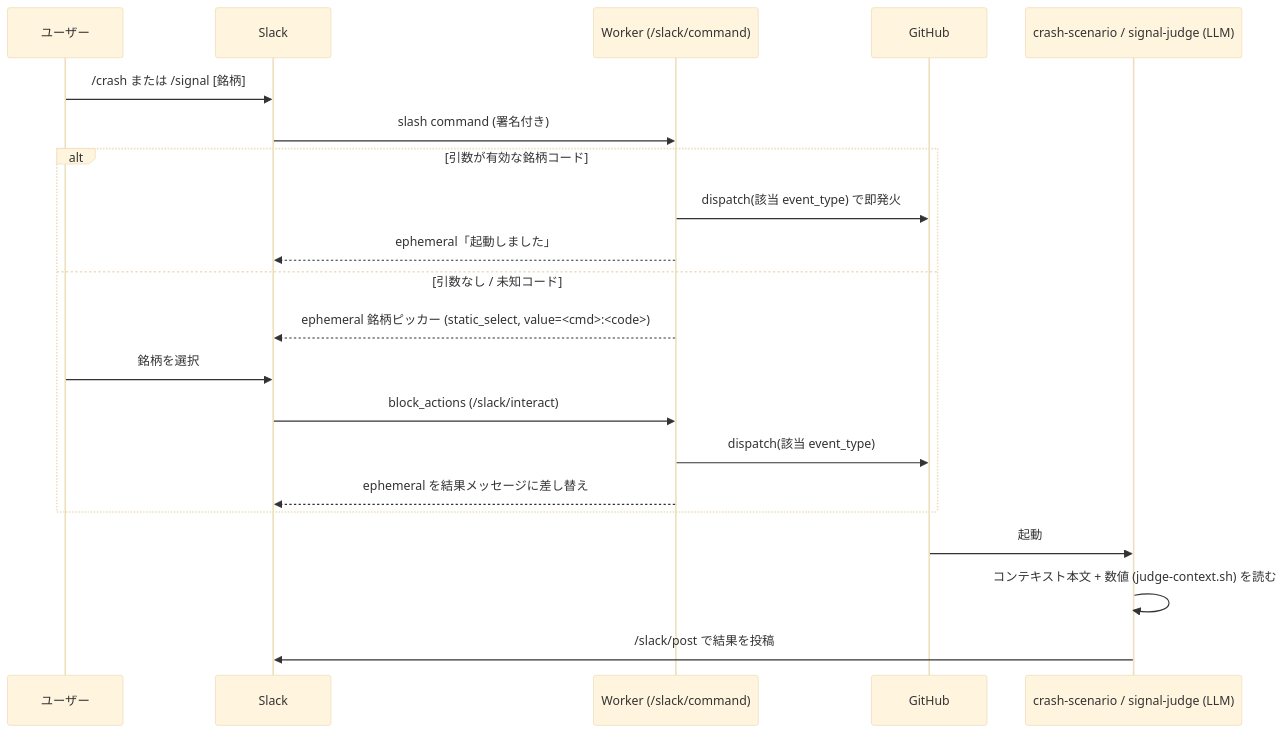
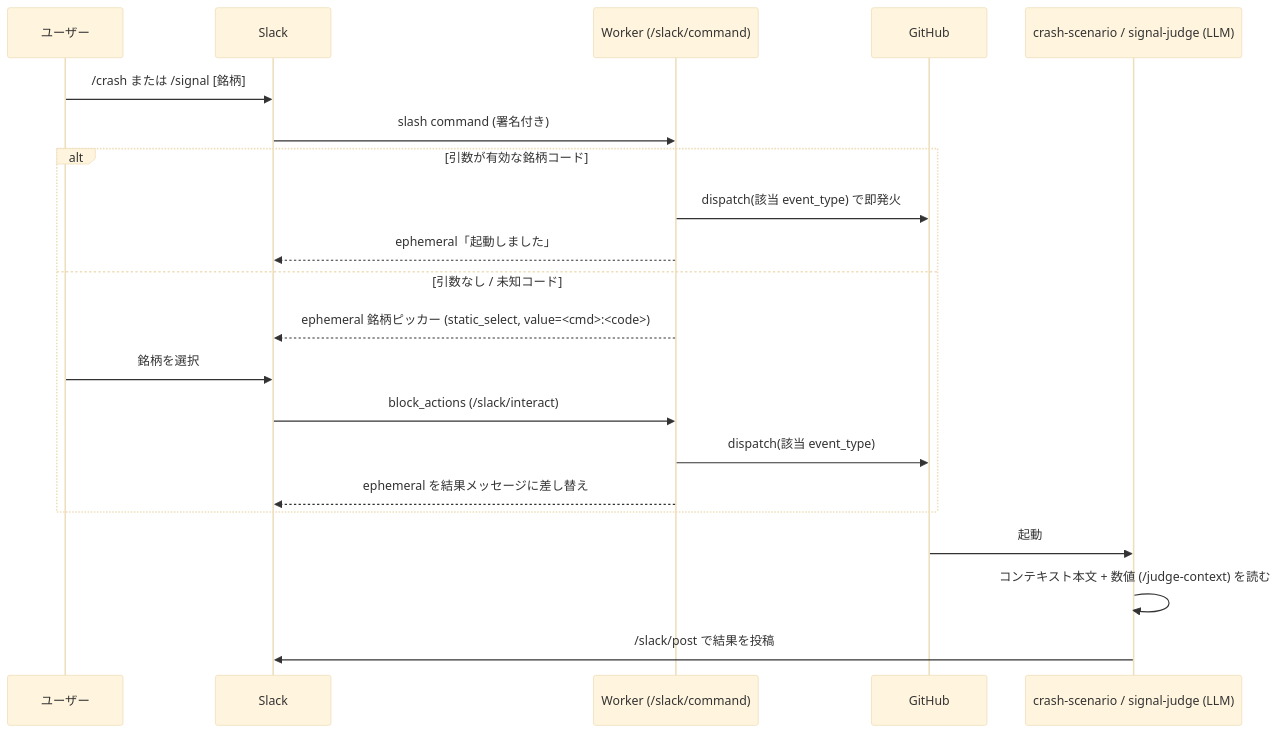
Before and after one commit to omni-stove/stock-signals: the fourth of 4 diagrams in README.md, drawn with Mermaid (base theme). The commit also changed other lines of this file and 53 other files, not shown here.

````diff
--- a/README.md
+++ b/README.md
@@ -209,24 +203,24 @@
 ```mermaid
 sequenceDiagram
     participant U as ユーザー
     participant SL as Slack
     participant W as Worker (/slack/command)
     participant GH as GitHub
     participant CS as crash-scenario / signal-judge (LLM)
 
     U->>SL: /crash または /signal [銘柄]
     SL->>W: slash command (署名付き)
     alt 引数が有効な銘柄コード
         W->>GH: dispatch(該当 event_type) で即発火
         W-->>SL: ephemeral「起動しました」
     else 引数なし / 未知コード
         W-->>SL: ephemeral 銘柄ピッカー (static_select, value=<cmd>:<code>)
         U->>SL: 銘柄を選択
         SL->>W: block_actions (/slack/interact)
         W->>GH: dispatch(該当 event_type)
         W-->>SL: ephemeral を結果メッセージに差し替え
     end
     GH->>CS: 起動
-    CS->>CS: コンテキスト本文 + 数値 (judge-context.sh) を読む
+    CS->>CS: コンテキスト本文 + 数値 (/judge-context) を読む
     CS->>SL: /slack/post で結果を投稿
 ```
````
